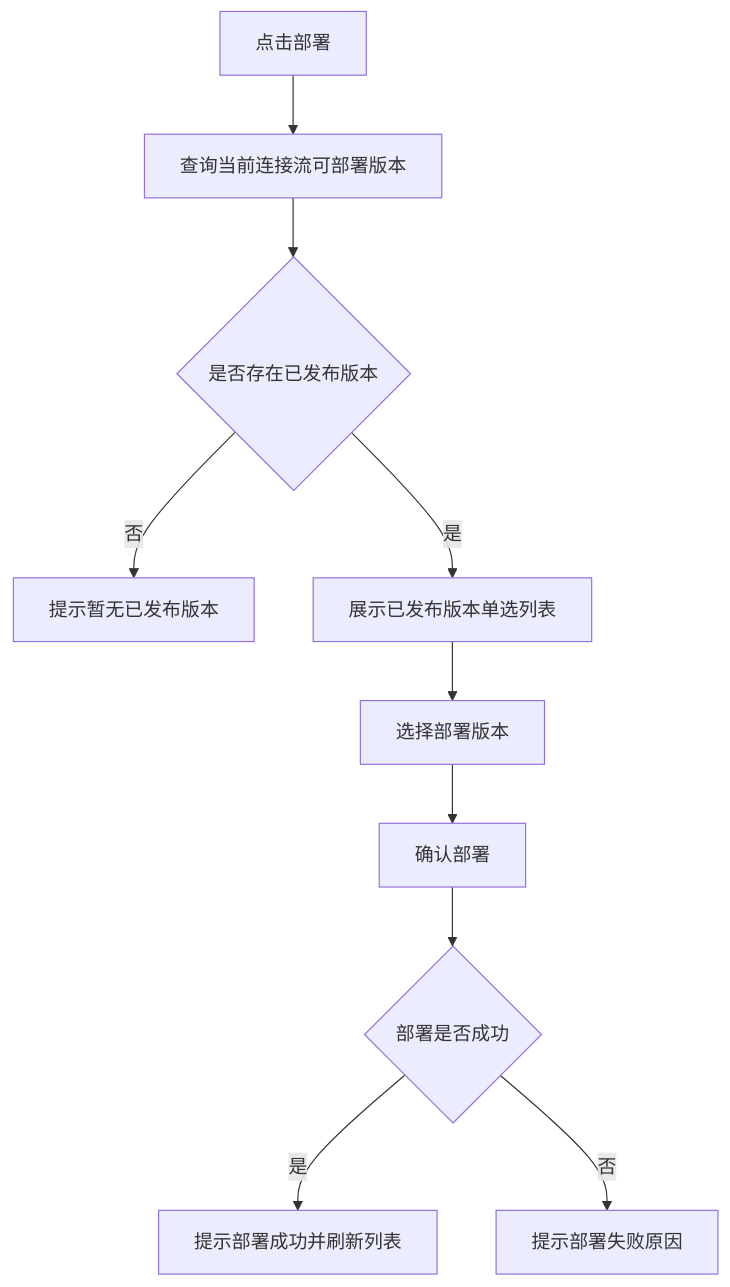
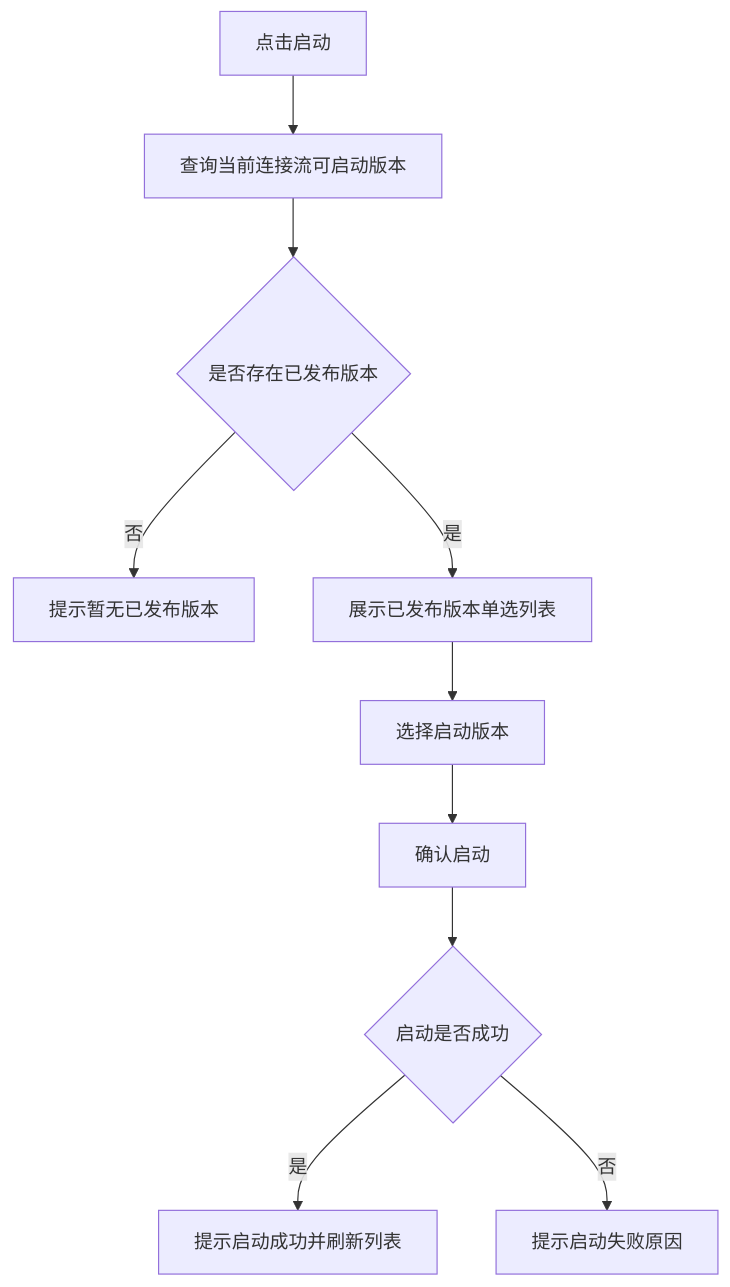
The third of 4 diagrams in front/doc/2026年6月文档/连接流列表需求设计说明书.md (THZSummer/open-app), drawn with Mermaid before and after one commit. The commit also changed other lines of this file and 4 other files, not shown here.

````diff
--- a/front/doc/2026年6月文档/连接流列表需求设计说明书.md
+++ b/front/doc/2026年6月文档/连接流列表需求设计说明书.md
@@ -208,12 +209,12 @@
 ```mermaid
 flowchart TD
-    A[点击部署] --> B[查询当前连接流可部署版本]
+    A[点击启动] --> B[查询当前连接流可启动版本]
     B --> C{是否存在已发布版本}
     C -->|否| D[提示暂无已发布版本]
     C -->|是| E[展示已发布版本单选列表]
-    E --> F[选择部署版本]
-    F --> G[确认部署]
-    G --> H{部署是否成功}
-    H -->|是| I[提示部署成功并刷新列表]
-    H -->|否| J[提示部署失败原因]
+    E --> F[选择启动版本]
+    F --> G[确认启动]
+    G --> H{启动是否成功}
+    H -->|是| I[提示启动成功并刷新列表]
+    H -->|否| J[提示启动失败原因]
 ```
````
